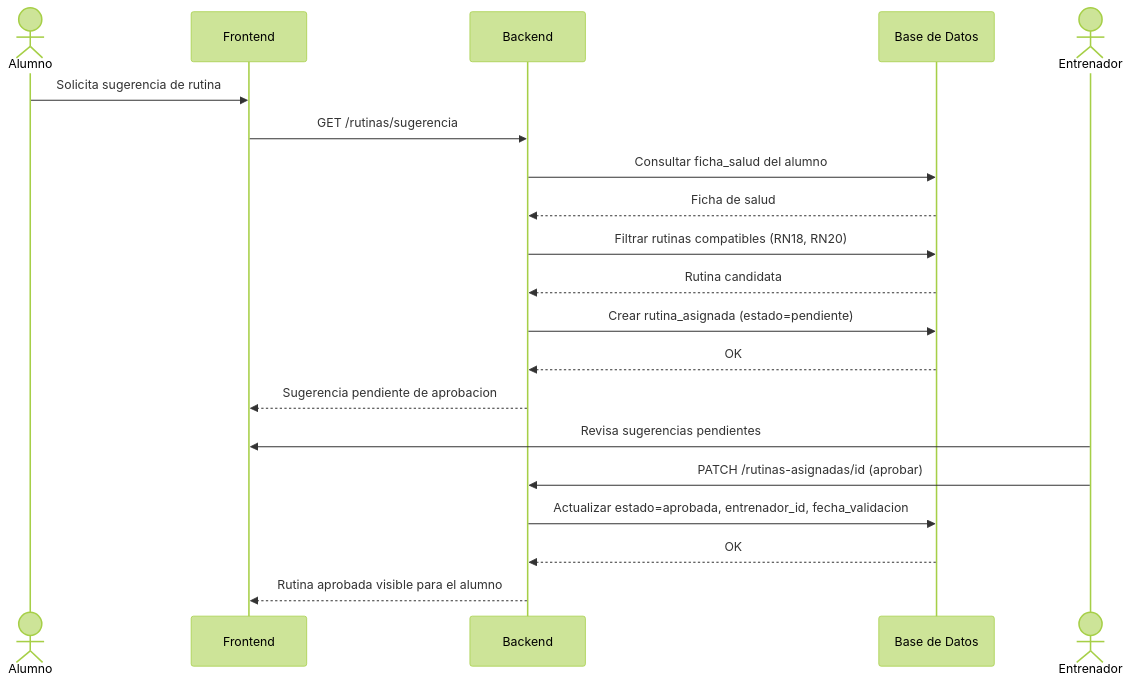
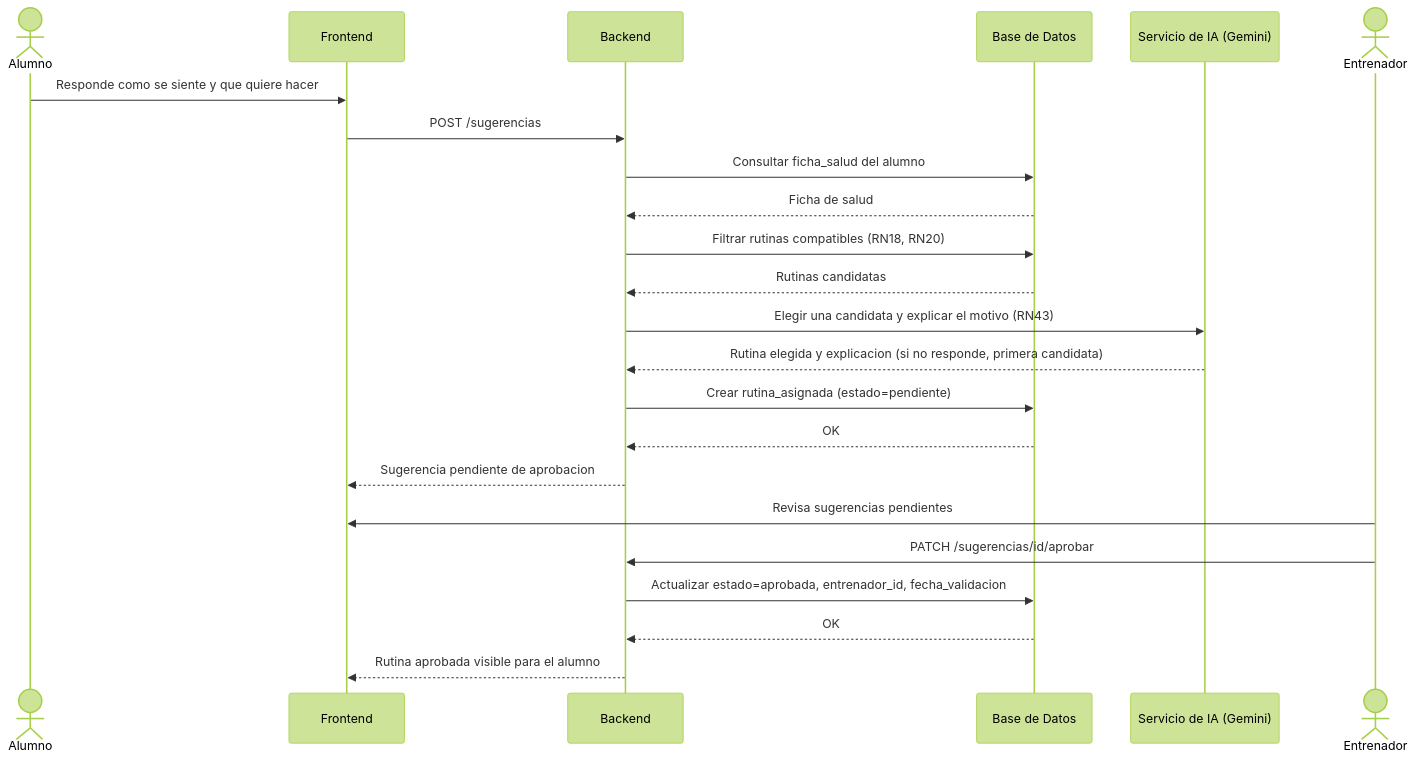
Before and after one commit to pao41/Trabajo-Final-Integrador: the second of 5 diagrams in docs/diagramas_secuencia.md, drawn with Mermaid (forest theme). The commit also changed 1 other file, not shown here.

Commit message:
docs: actualizar los diagramas del asistente de IA

````diff
--- a/docs/diagramas_secuencia.md
+++ b/docs/diagramas_secuencia.md
@@ -25,23 +25,26 @@
 ```mermaid
 sequenceDiagram
     actor Alumno
     participant Frontend
     participant Backend
     participant DB as Base de Datos
+    participant IA as Servicio de IA (Gemini)
     actor Entrenador
 
-    Alumno->>Frontend: Solicita sugerencia de rutina
-    Frontend->>Backend: GET /rutinas/sugerencia
+    Alumno->>Frontend: Responde como se siente y que quiere hacer
+    Frontend->>Backend: POST /sugerencias
     Backend->>DB: Consultar ficha_salud del alumno
     DB-->>Backend: Ficha de salud
     Backend->>DB: Filtrar rutinas compatibles (RN18, RN20)
-    DB-->>Backend: Rutina candidata
+    DB-->>Backend: Rutinas candidatas
+    Backend->>IA: Elegir una candidata y explicar el motivo (RN43)
+    IA-->>Backend: Rutina elegida y explicacion (si no responde, primera candidata)
     Backend->>DB: Crear rutina_asignada (estado=pendiente)
     DB-->>Backend: OK
     Backend-->>Frontend: Sugerencia pendiente de aprobacion
     Entrenador->>Frontend: Revisa sugerencias pendientes
-    Entrenador->>Backend: PATCH /rutinas-asignadas/id (aprobar)
+    Entrenador->>Backend: PATCH /sugerencias/id/aprobar
     Backend->>DB: Actualizar estado=aprobada, entrenador_id, fecha_validacion
     DB-->>Backend: OK
     Backend-->>Frontend: Rutina aprobada visible para el alumno
 ```
````
